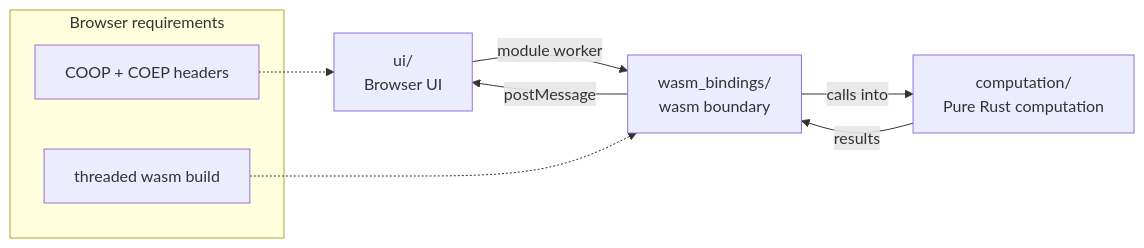
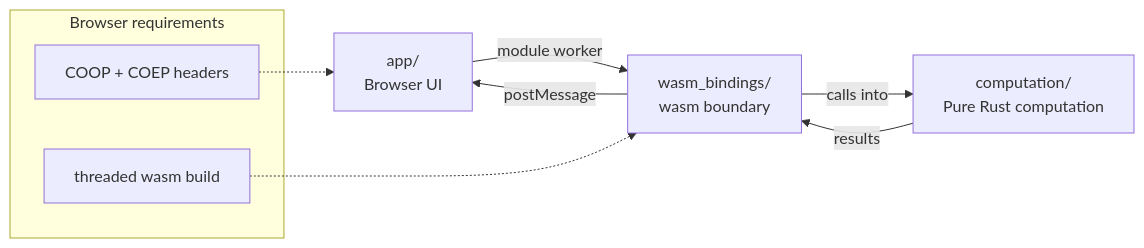
The diagram in examples/wasm/tsp/vanilla/README.md (orxfun/orx-parallel), drawn with Mermaid before and after one commit. The commit also changed other lines of this file and 31 other files, not shown here.

````diff
--- a/examples/wasm/tsp/vanilla/README.md
+++ b/examples/wasm/tsp/vanilla/README.md
@@ -13,15 +13,15 @@
 ```mermaid
 flowchart LR
-    UI[ui/\nBrowser UI] -->|module worker| WB[wasm_bindings/\nwasm boundary]
+    UI[app/\nBrowser UI] -->|module worker| WB[wasm_bindings/\nwasm boundary]
     WB -->|calls into| C[computation/\nPure Rust computation]
     C -->|results| WB
     WB -->|postMessage| UI
 
     subgraph Browser requirements
         H[COOP + COEP headers]
         T[threaded wasm build]
     end
 
     H -.-> UI
     T -.-> WB
 ```
````
